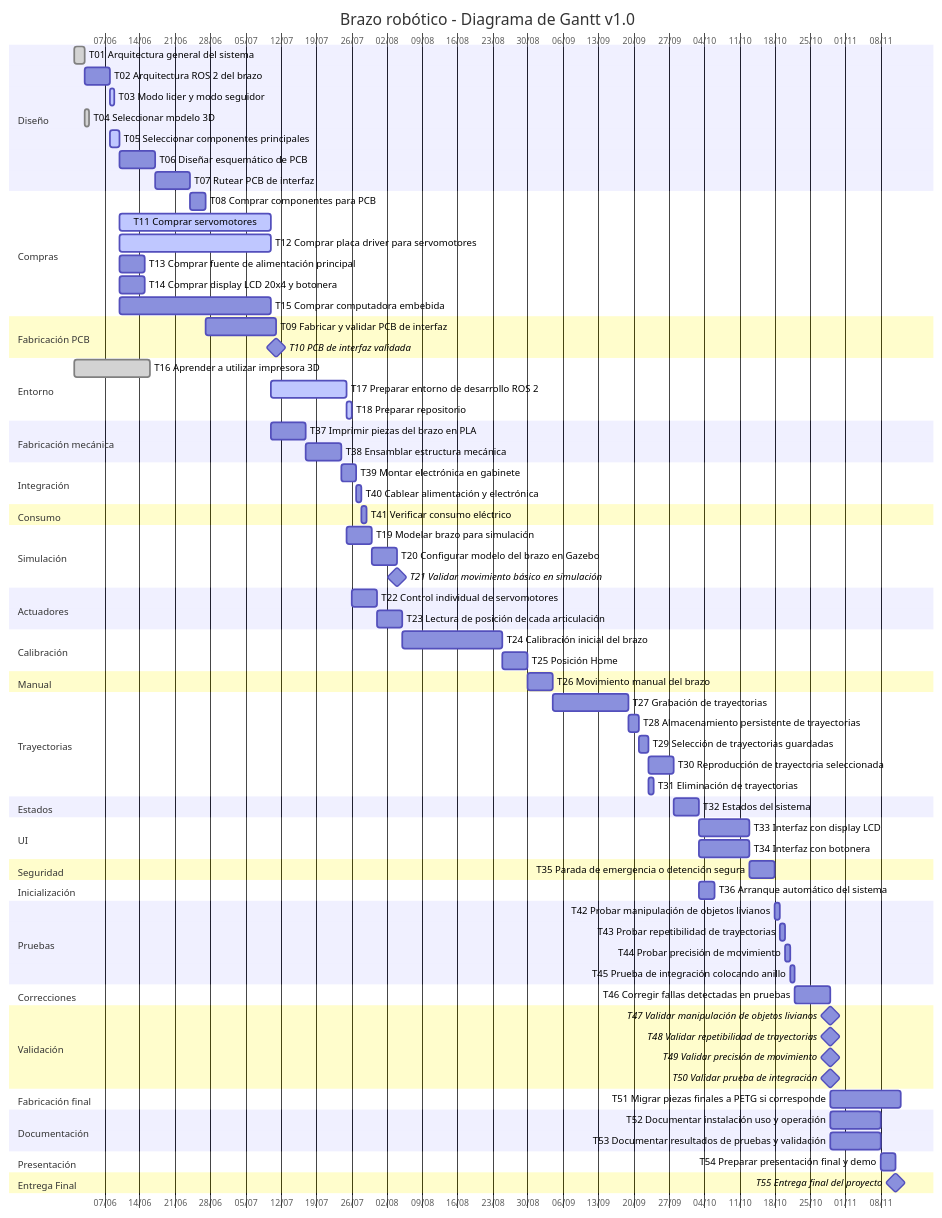
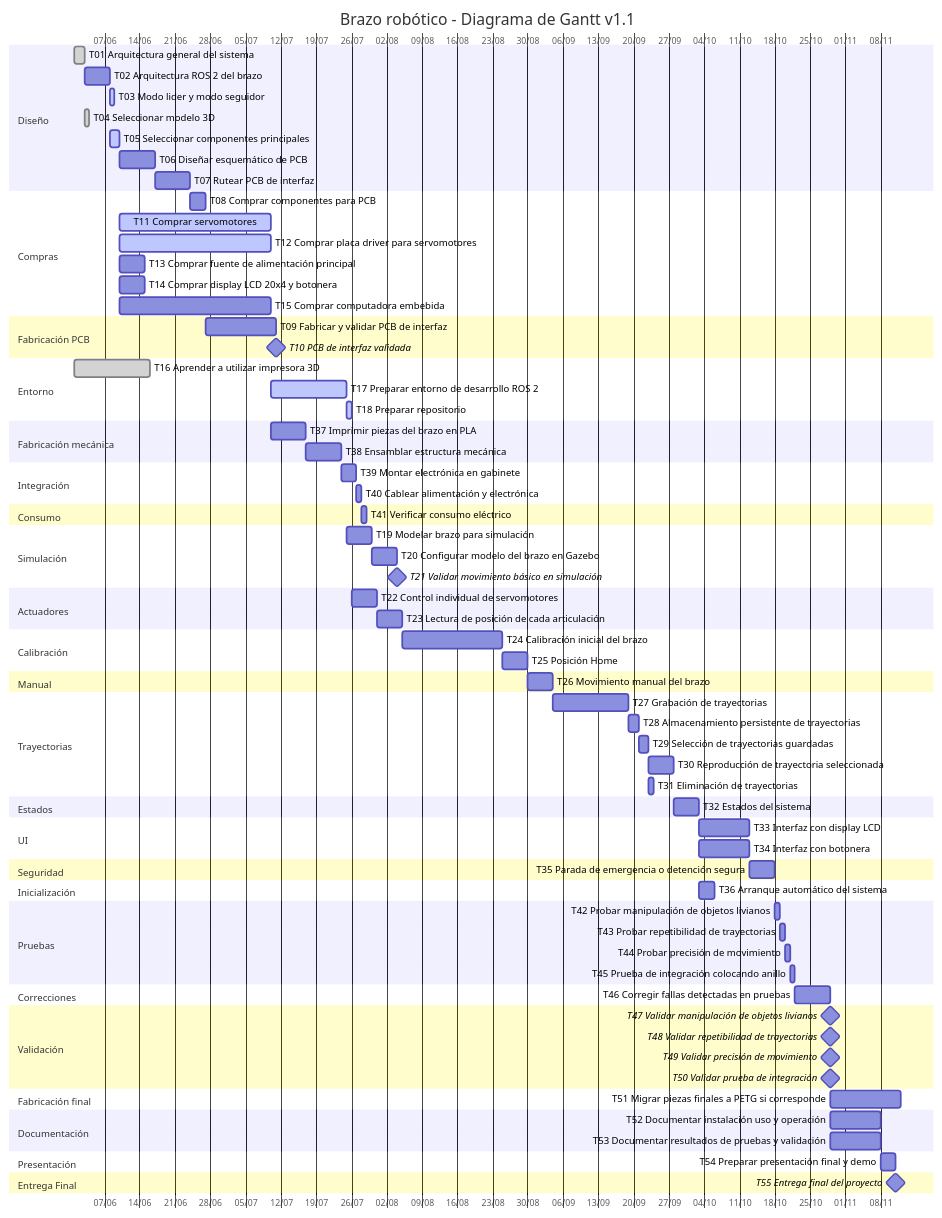
Before and after one commit to ealegremendoza/BrazoRobotico: the diagram in doc/gantt/gantt.md, drawn with Mermaid.

````diff
--- a/doc/gantt/gantt.md
+++ b/doc/gantt/gantt.md
@@ -3,7 +3,7 @@
 ```mermaid
 %%{init: {"gantt": {"topAxis": true}} }%%
 gantt
-    title Brazo robótico - Diagrama de Gantt v1.0
+    title Brazo robótico - Diagrama de Gantt v1.1
     dateFormat  YYYY-MM-DD
     axisFormat  %d/%m
     tickInterval 1week
````
